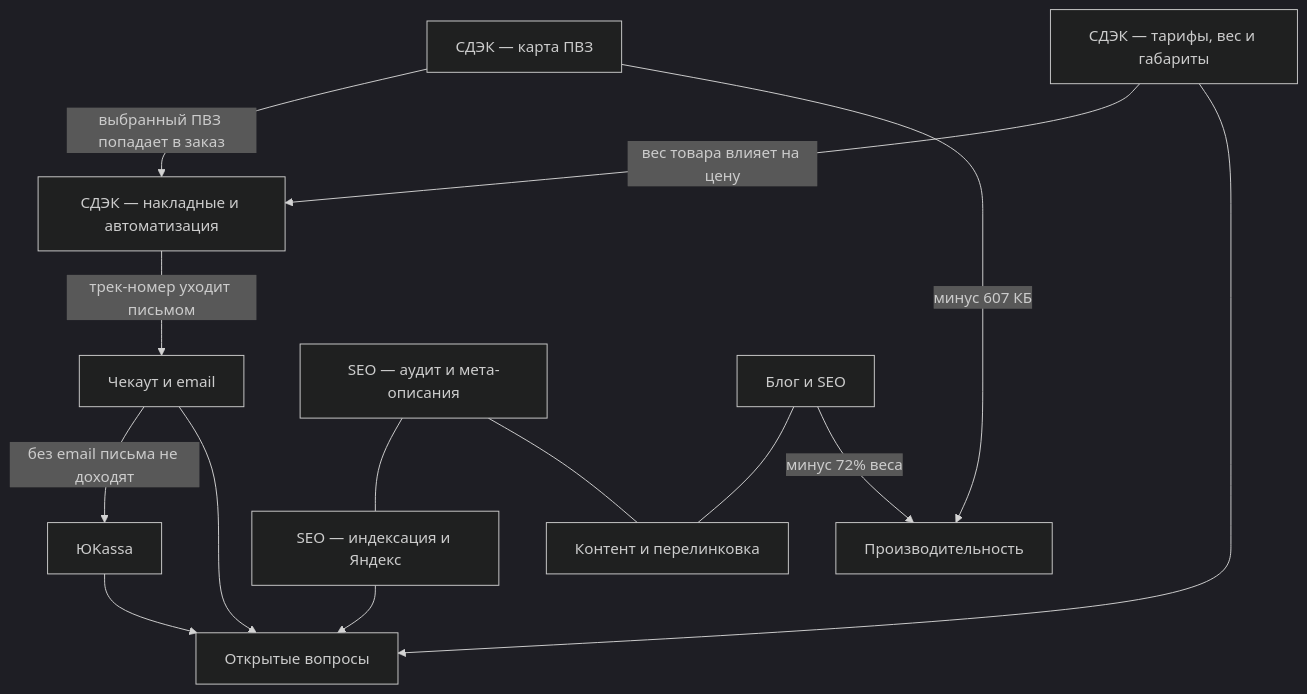
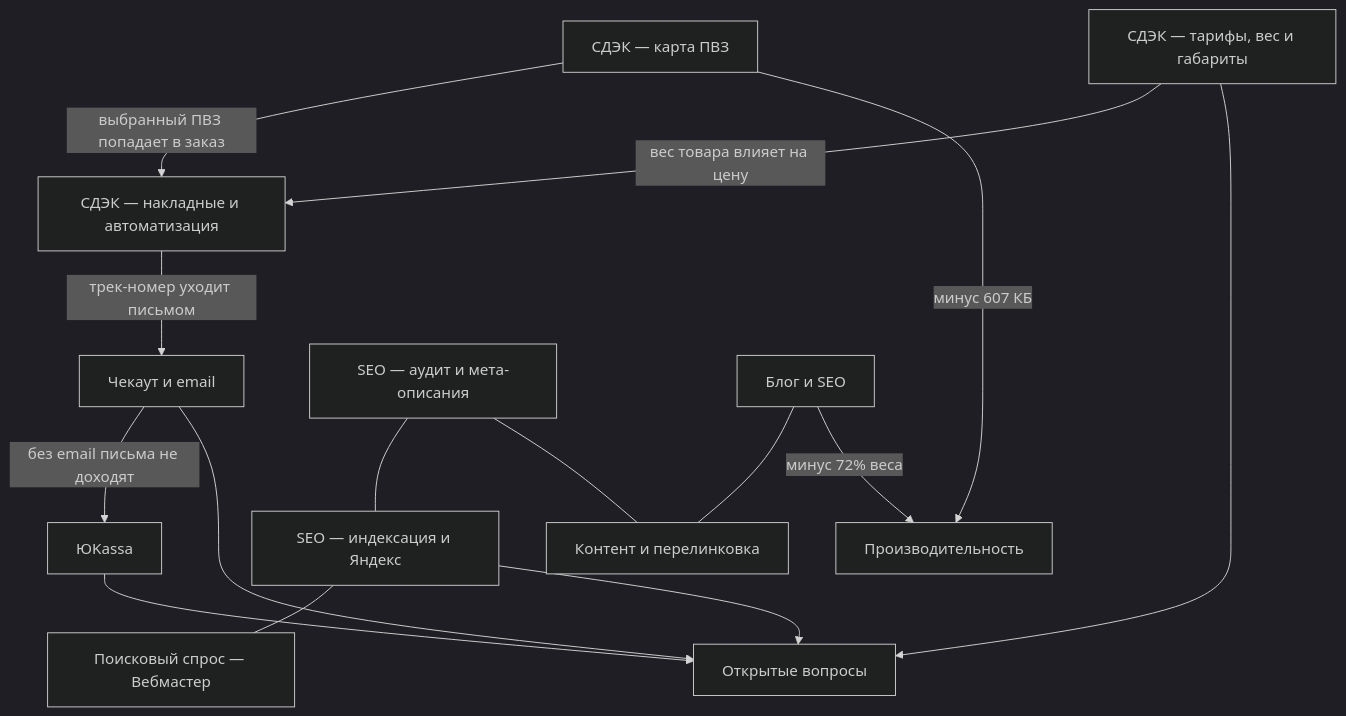
The diagram in knowledge/waystea/Waystea — обзор.md (bazgen89-netizen/Yea-bot-), drawn with Mermaid (dark theme) before and after one commit. The commit also changed other lines of this file and 2 other files, not shown here.

Commit message:
Record what people actually search for, and retarget eight pages
Pulled all 592 queries from the Yandex Webmaster API. Site-wide CTR is 3.1%
at an average position of 10-12, so the problem is the snippet, not ranking.
Сaган-дайля alone is a fifth of all impressions with a 1.4% CTR.

Eight product pages carried the template title "Купить {name} | WAYSTEA" with
the focus keyword equal to the product name — nobody searches "венчик для
маття шт". Rewritten against the real phrasings from the report.

Metrika is not reachable with this token: it has no Metrika scope.

````diff
--- a/knowledge/waystea/Waystea — обзор.md
+++ b/knowledge/waystea/Waystea — обзор.md
@@ -20,16 +20,17 @@
 ```mermaid
 graph TD
     B[СДЭК — карта ПВЗ] -->|выбранный ПВЗ попадает в заказ| C[СДЭК — накладные и автоматизация]
     C -->|трек-номер уходит письмом| E[Чекаут и email]
     E -->|без email письма не доходят| F[ЮKassa]
     D[СДЭК — тарифы, вес и габариты] -->|вес товара влияет на цену| C
     S1[SEO — аудит и мета-описания] --- S2[SEO — индексация и Яндекс]
     S1 --- K[Контент и перелинковка]
+    S2 --- Q[Поисковый спрос — Вебмастер]
     H[Блог и SEO] --- K
     B -->|минус 607 КБ| P[Производительность]
     H -->|минус 72% веса| P
     E --> X[Открытые вопросы]
     F --> X
     D --> X
     S2 --> X
 ```
````
